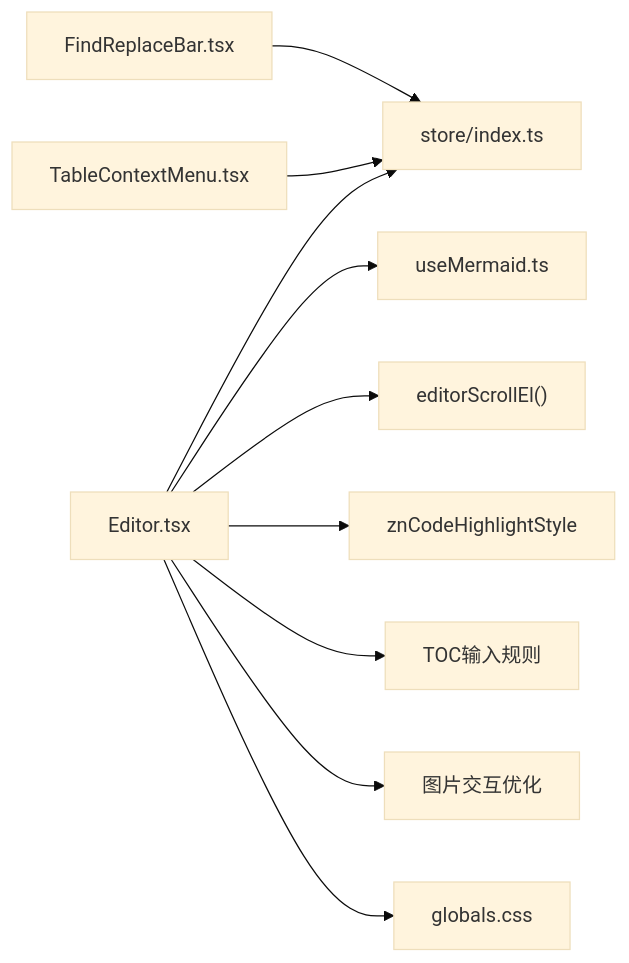
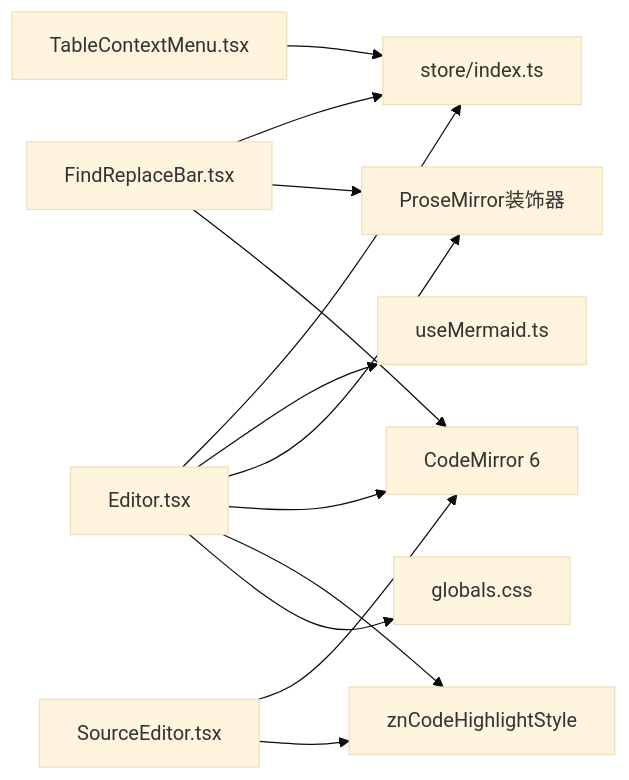
One commit to gongshiyun/ZenNote changed the eighth of 8 diagrams in .qoder/repowiki/zh/content/核心组件/编辑器组件.md. Above: the diagram before and after it, drawn with Mermaid (base theme). The commit also changed other lines of this file and 38 other files, not shown here.

````diff
--- a/.qoder/repowiki/zh/content/核心组件/编辑器组件.md
+++ b/.qoder/repowiki/zh/content/核心组件/编辑器组件.md
@@ -337,12 +402,15 @@
 ```mermaid
 graph LR
 E["Editor.tsx"] --> S["store/index.ts"]
 E --> M["useMermaid.ts"]
-E --> SC["editorScrollEl()"]
+E --> PM["ProseMirror装饰器"]
+E --> CM["CodeMirror 6"]
 E --> CH["znCodeHighlightStyle"]
-E --> TI["TOC输入规则"]
-E --> II["图片交互优化"]
 F["FindReplaceBar.tsx"] --> S
+F --> PM
+F --> CM
+SE["SourceEditor.tsx"] --> CM
+SE --> CH
 T["TableContextMenu.tsx"] --> S
 E --> C["globals.css"]
 ```
````
